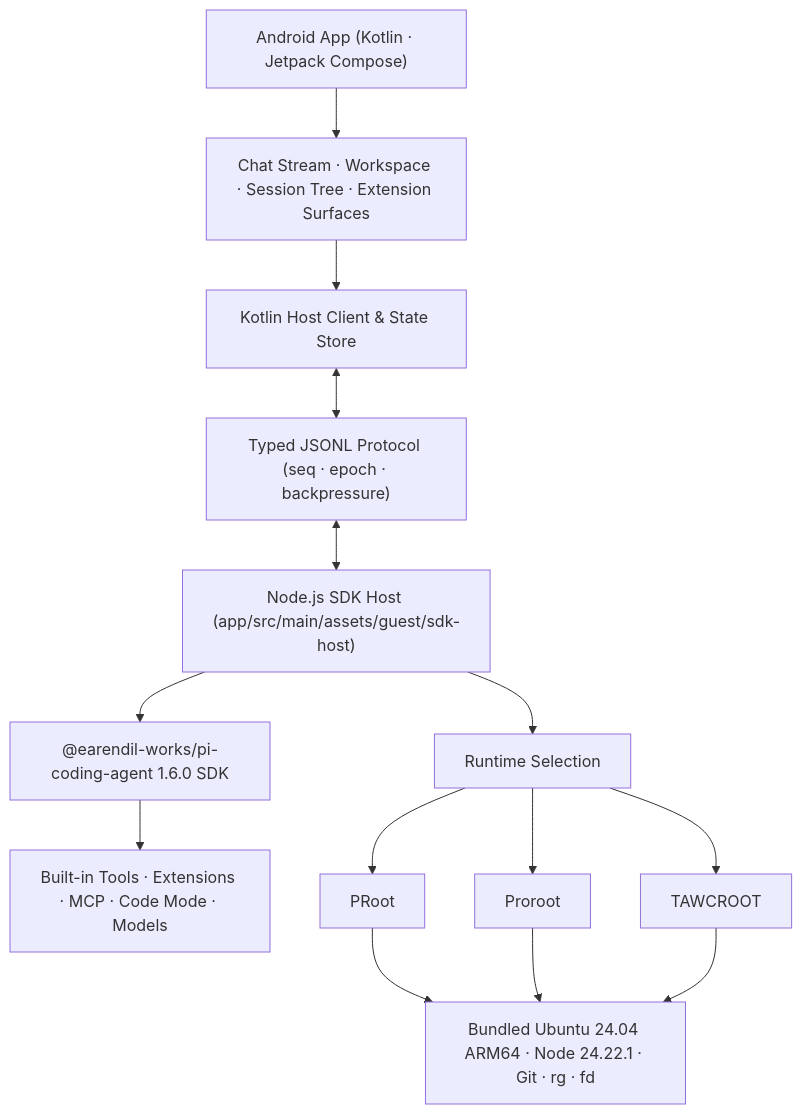
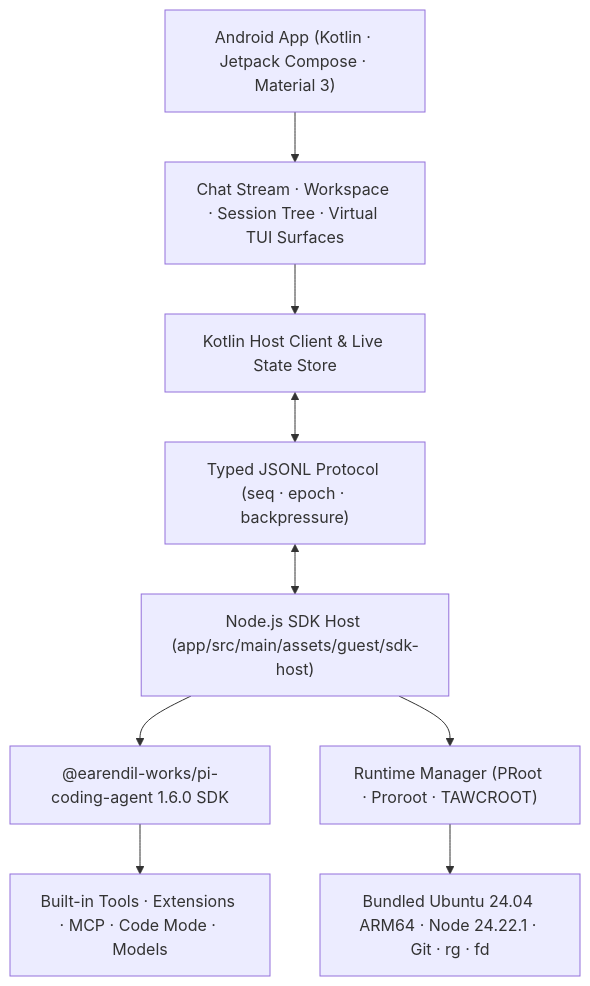
One commit to heikeyangle-code/pi-android changed the diagram in README.md. Above: the diagram before and after it, drawn with Mermaid. The commit also changed other lines of this file and 1 other file, not shown here.

````diff
--- a/README.md
+++ b/README.md
@@ -135,30 +158,22 @@
 ```mermaid
 flowchart TB
-    A["Android App (Kotlin · Jetpack Compose)"]
-    B["Chat Stream · Workspace · Session Tree · Extension Surfaces"]
-    C["Kotlin Host Client & State Store"]
+    A["Android App (Kotlin · Jetpack Compose · Material 3)"]
+    B["Chat Stream · Workspace · Session Tree · Virtual TUI Surfaces"]
+    C["Kotlin Host Client & Live State Store"]
     D["Typed JSONL Protocol (seq · epoch · backpressure)"]
     E["Node.js SDK Host (app/src/main/assets/guest/sdk-host)"]
     F["@earendil-works/pi-coding-agent 1.6.0 SDK"]
     G["Built-in Tools · Extensions · MCP · Code Mode · Models"]
 
-    H["Runtime Selection"]
-    I["PRoot"]
-    J["Proroot"]
-    K["TAWCROOT"]
+    H["Runtime Manager (PRoot · Proroot · TAWCROOT)"]
     L["Bundled Ubuntu 24.04 ARM64 · Node 24.22.1 · Git · rg · fd"]
 
     A --> B
     B --> C
     C <--> D
     D <--> E
     E --> F
     F --> G
     E --> H
-    H --> I
-    H --> J
-    H --> K
-    I --> L
-    J --> L
-    K --> L
+    H --> L
 ```
````
